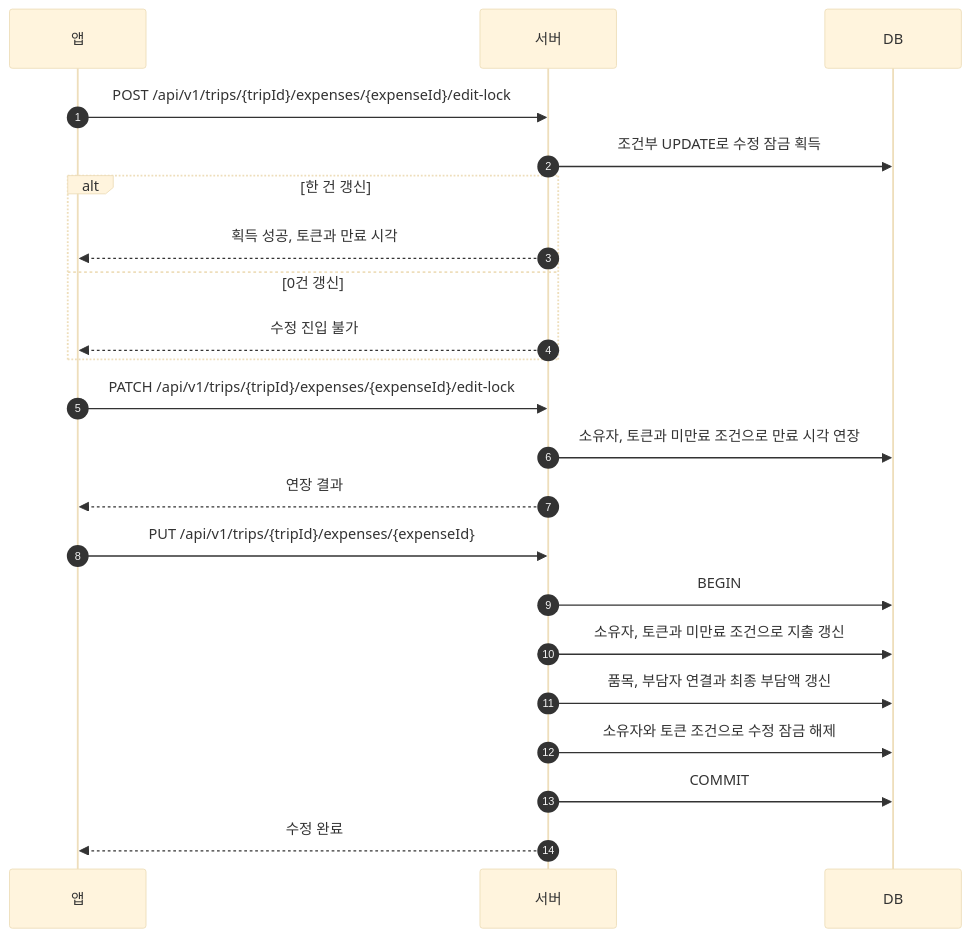
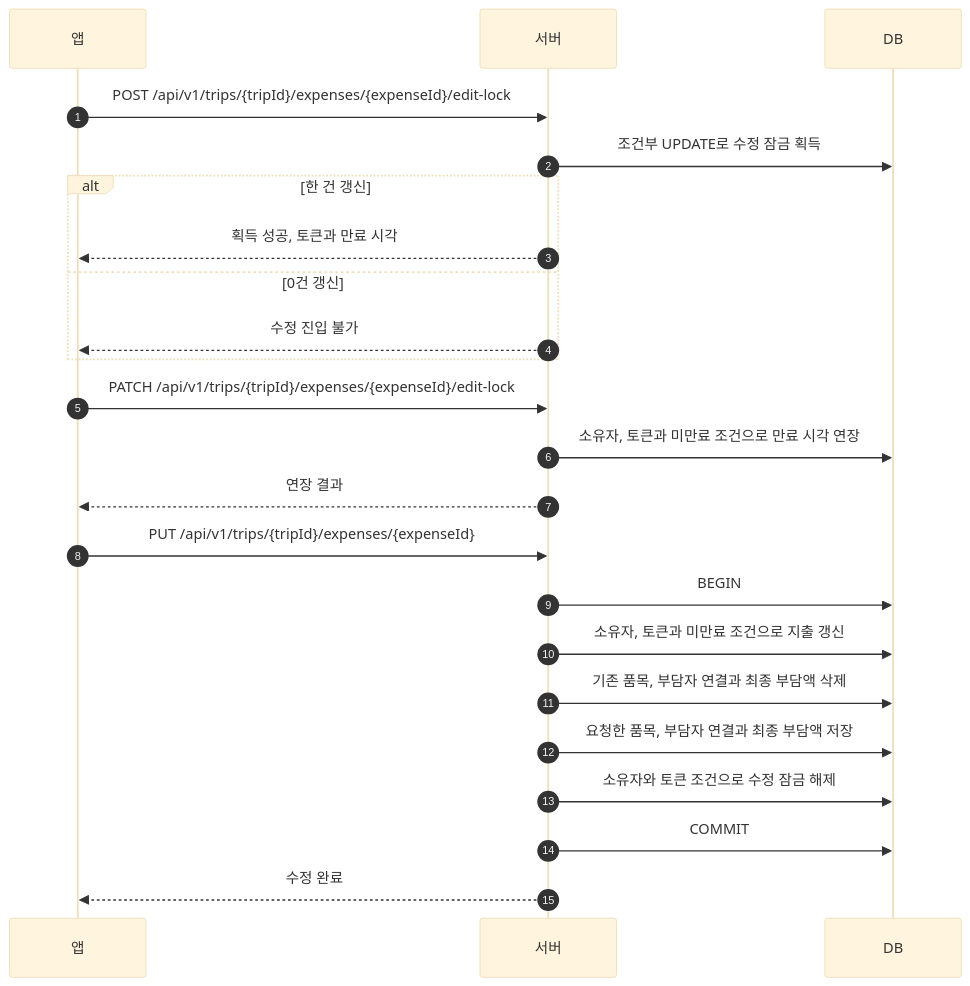
One commit to JECT-Study/Billit-5th-Docs changed the third of 4 diagrams in design/expense.md. Above: the diagram before and after it, drawn with Mermaid (base theme). The commit also changed other lines of this file and 1 other file, not shown here.

````diff
--- a/design/expense.md
+++ b/design/expense.md
@@ -266,25 +268,26 @@
 ```mermaid
 sequenceDiagram
     autonumber
     participant App as 앱
     participant Server as 서버
     participant DB as DB
 
     App->>Server: POST /api/v1/trips/{tripId}/expenses/{expenseId}/edit-lock
     Server->>DB: 조건부 UPDATE로 수정 잠금 획득
     alt 한 건 갱신
         Server-->>App: 획득 성공, 토큰과 만료 시각
     else 0건 갱신
         Server-->>App: 수정 진입 불가
     end
     App->>Server: PATCH /api/v1/trips/{tripId}/expenses/{expenseId}/edit-lock
     Server->>DB: 소유자, 토큰과 미만료 조건으로 만료 시각 연장
     Server-->>App: 연장 결과
     App->>Server: PUT /api/v1/trips/{tripId}/expenses/{expenseId}
     Server->>DB: BEGIN
     Server->>DB: 소유자, 토큰과 미만료 조건으로 지출 갱신
-    Server->>DB: 품목, 부담자 연결과 최종 부담액 갱신
+    Server->>DB: 기존 품목, 부담자 연결과 최종 부담액 삭제
+    Server->>DB: 요청한 품목, 부담자 연결과 최종 부담액 저장
     Server->>DB: 소유자와 토큰 조건으로 수정 잠금 해제
     Server->>DB: COMMIT
     Server-->>App: 수정 완료
 ```
````
